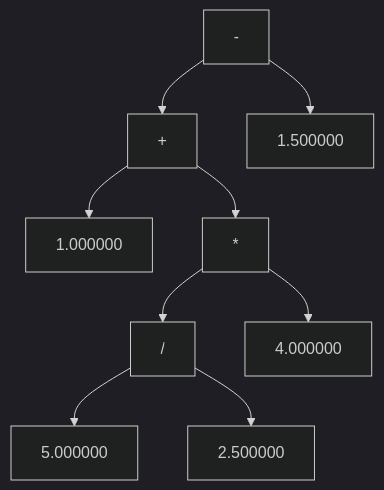
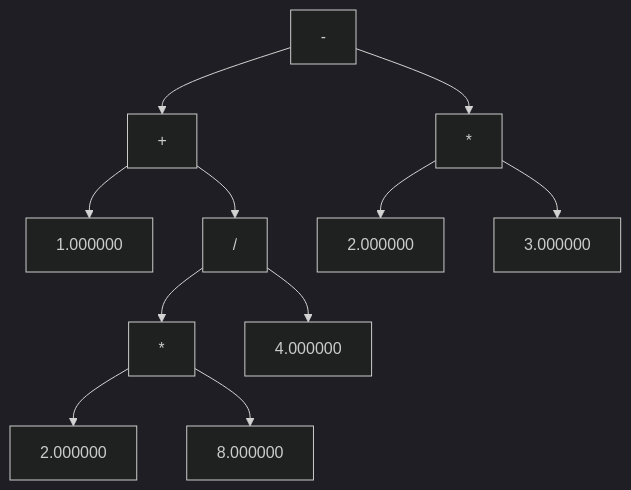
Before and after one commit to harshsingh-24/sturdy-compiler-design: the diagram in 9. intermediate-code-generation/AST-Graph/ast-graph.md, drawn with Mermaid (dark theme). The commit also changed 56 other files, not shown here.

````diff
--- a/9. intermediate-code-generation/AST-Graph/ast-graph.md
+++ b/9. intermediate-code-generation/AST-Graph/ast-graph.md
@@ -1,11 +1,13 @@
 ```mermaid
 graph TD;
-0x1e1a60["-"]-->0x1e20c8["+"];
-0x1e20c8["+"]-->0x1e1f78["1.000000"];
-0x1e20c8["+"]-->0x1e2090["*"];
-0x1e2090["*"]-->0x1e2020["/"];
-0x1e2020["/"]-->0x1e1fb0["5.000000"];
-0x1e2020["/"]-->0x1e1fe8["2.500000"];
-0x1e2090["*"]-->0x1e2058["4.000000"];
-0x1e1a60["-"]-->0x1e1a28["1.500000"];
+0x1181a80["-"]-->0x11819a0["+"];
+0x11819a0["+"]-->0x1181850["1.000000"];
+0x11819a0["+"]-->0x1181968["/"];
+0x1181968["/"]-->0x11818f8["*"];
+0x11818f8["*"]-->0x1181888["2.000000"];
+0x11818f8["*"]-->0x11818c0["8.000000"];
+0x1181968["/"]-->0x1181930["4.000000"];
+0x1181a80["-"]-->0x1181a48["*"];
+0x1181a48["*"]-->0x11819d8["2.000000"];
+0x1181a48["*"]-->0x1181a10["3.000000"];
 ```
````
